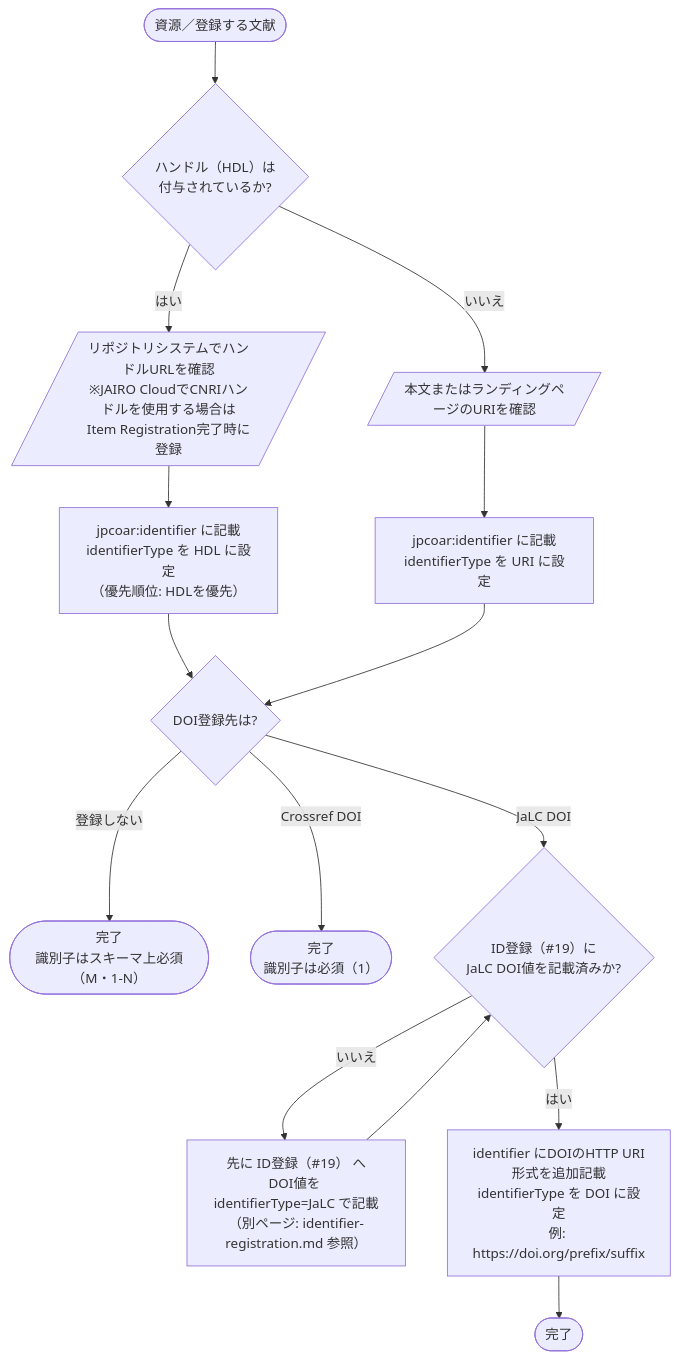
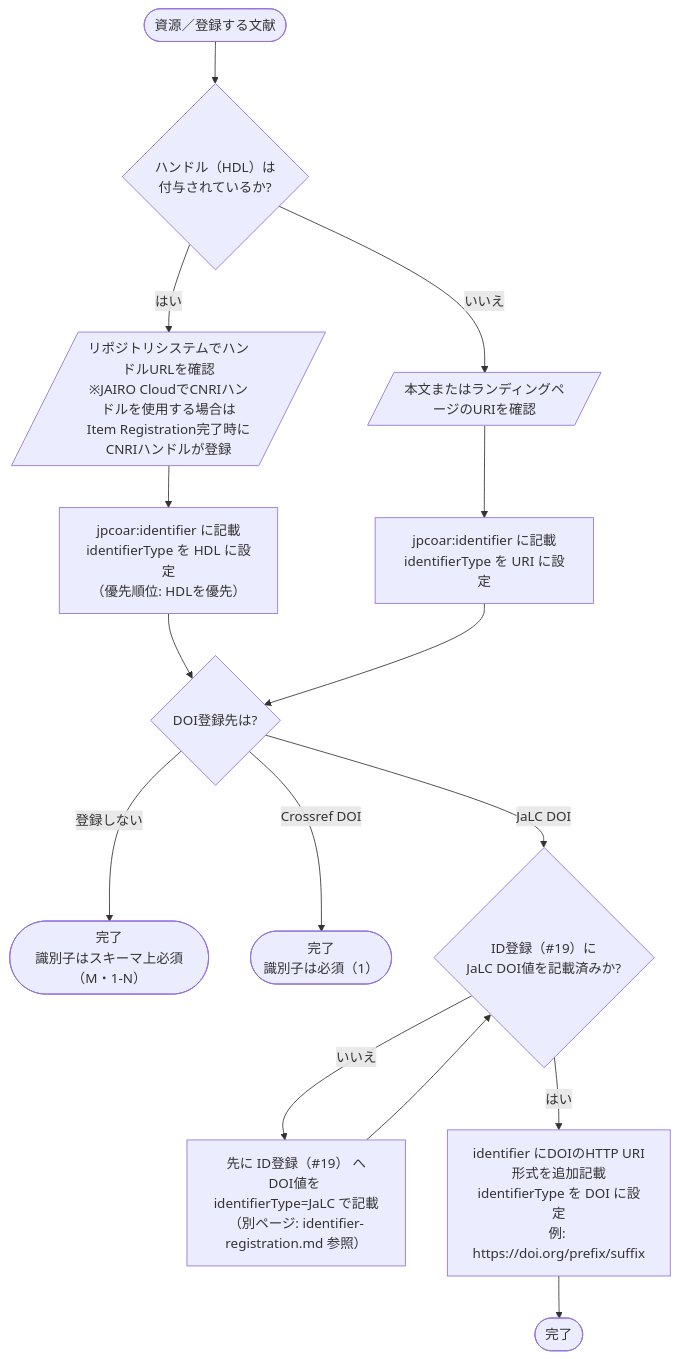
One commit to tzhaya/jpcoarschema-helper changed the diagram in decision-trees/identifier.md. Above: the diagram before and after it, drawn with Mermaid. The commit also changed other lines of this file, not shown here.

Commit message:
docs: align identifier manual citation

````diff
--- a/decision-trees/identifier.md
+++ b/decision-trees/identifier.md
@@ -51,22 +51,22 @@
 ```mermaid
 flowchart TD
     R([資源／登録する文献]) --> D0{ハンドル（HDL）は<br/>付与されているか?}
 
-    D0 -- はい --> A0[/リポジトリシステムでハンドルURLを確認<br/>※JAIRO CloudでCNRIハンドルを使用する場合は<br/>Item Registration完了時に登録/]
+    D0 -- はい --> A0[/リポジトリシステムでハンドルURLを確認<br/>※JAIRO CloudでCNRIハンドルを使用する場合は<br/>Item Registration完了時にCNRIハンドルが登録/]
     A0 --> P1["jpcoar:identifier に記載<br/>identifierType を HDL に設定<br/>（優先順位: HDLを優先）"]
 
     D0 -- いいえ --> A1[/本文またはランディングページのURIを確認/]
     A1 --> P2["jpcoar:identifier に記載<br/>identifierType を URI に設定"]
 
     P1 --> Q1{DOI登録先は?}
     P2 --> Q1
 
     Q1 -- 登録しない --> END1(["完了<br/>識別子はスキーマ上必須（M・1-N）"])
     Q1 -- Crossref DOI --> END2(["完了<br/>識別子は必須（1）"])
     Q1 -- JaLC DOI --> D1{ID登録（#19）に<br/>JaLC DOI値を記載済みか?}
 
     D1 -- いいえ --> A2["先に ID登録（#19） へ<br/>DOI値を identifierType=JaLC で記載<br/>（別ページ: identifier-registration.md 参照）"]
     A2 --> D1
     D1 -- はい --> P3["identifier にDOIのHTTP URI形式を追加記載<br/>identifierType を DOI に設定<br/>例: https://doi.org/prefix/suffix"]
     P3 --> END3([完了])
 ```
````
